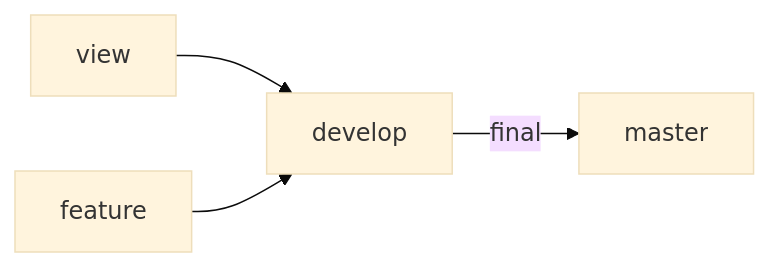
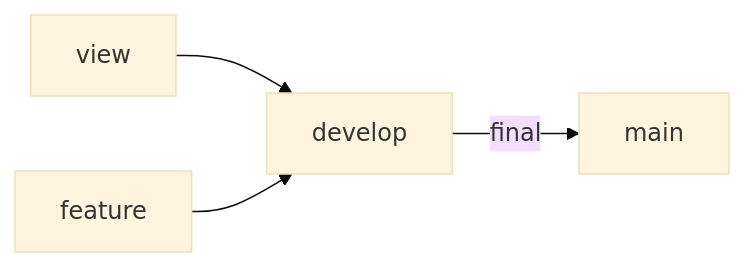
Before and after one commit to Bithumb-Tech-Camp/Bithumb-Project: the first of 2 diagrams in README.md, drawn with Mermaid (base theme). The commit also changed other lines of this file, not shown here.

````diff
--- a/README.md
+++ b/README.md
@@ -88,6 +232,6 @@
 ```mermaid
 graph LR
     D[view] --> B
     A[feature] --> B[develop]
-    B -->|final| C[master]
+    B -->|final| C[main]
 ```
````
